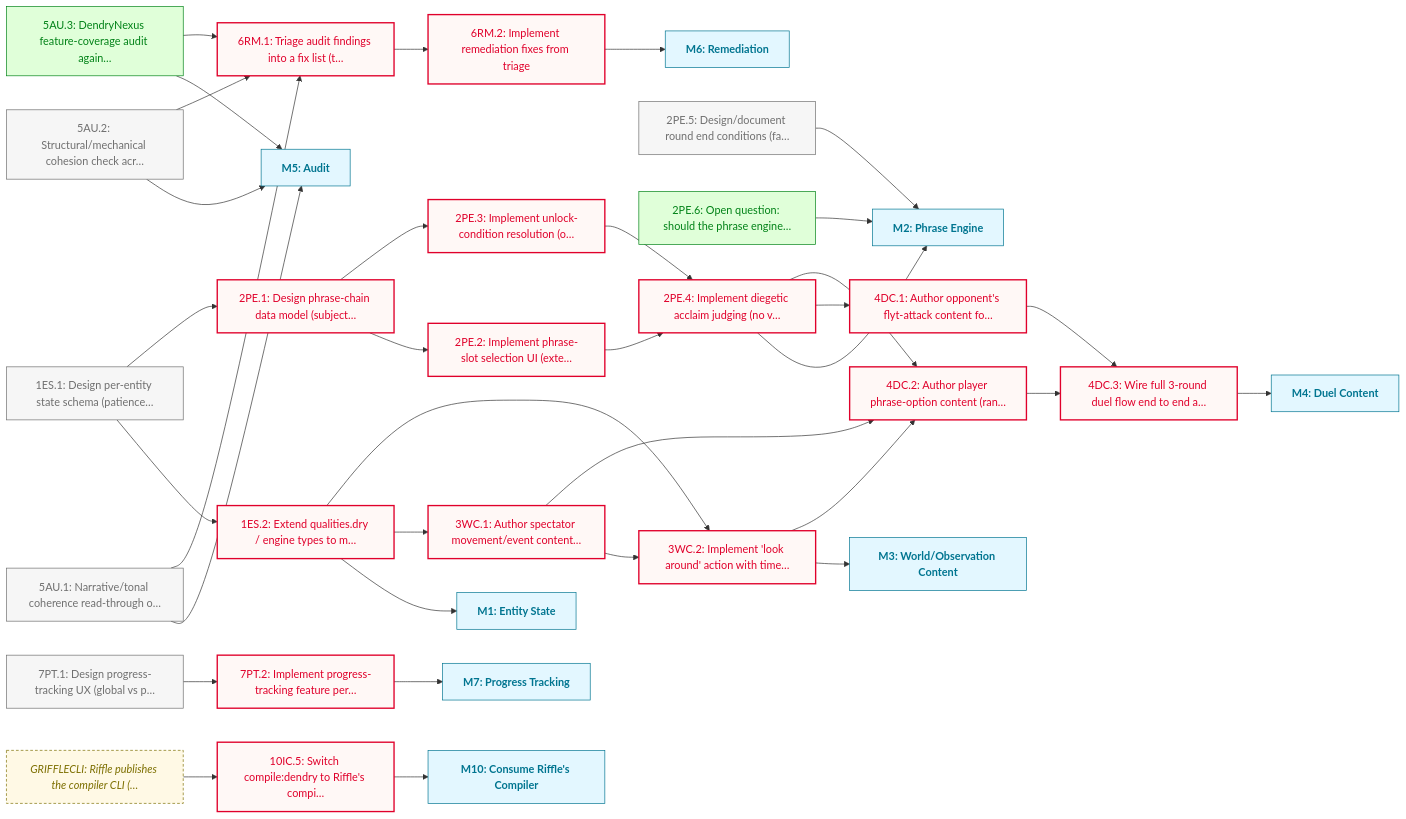
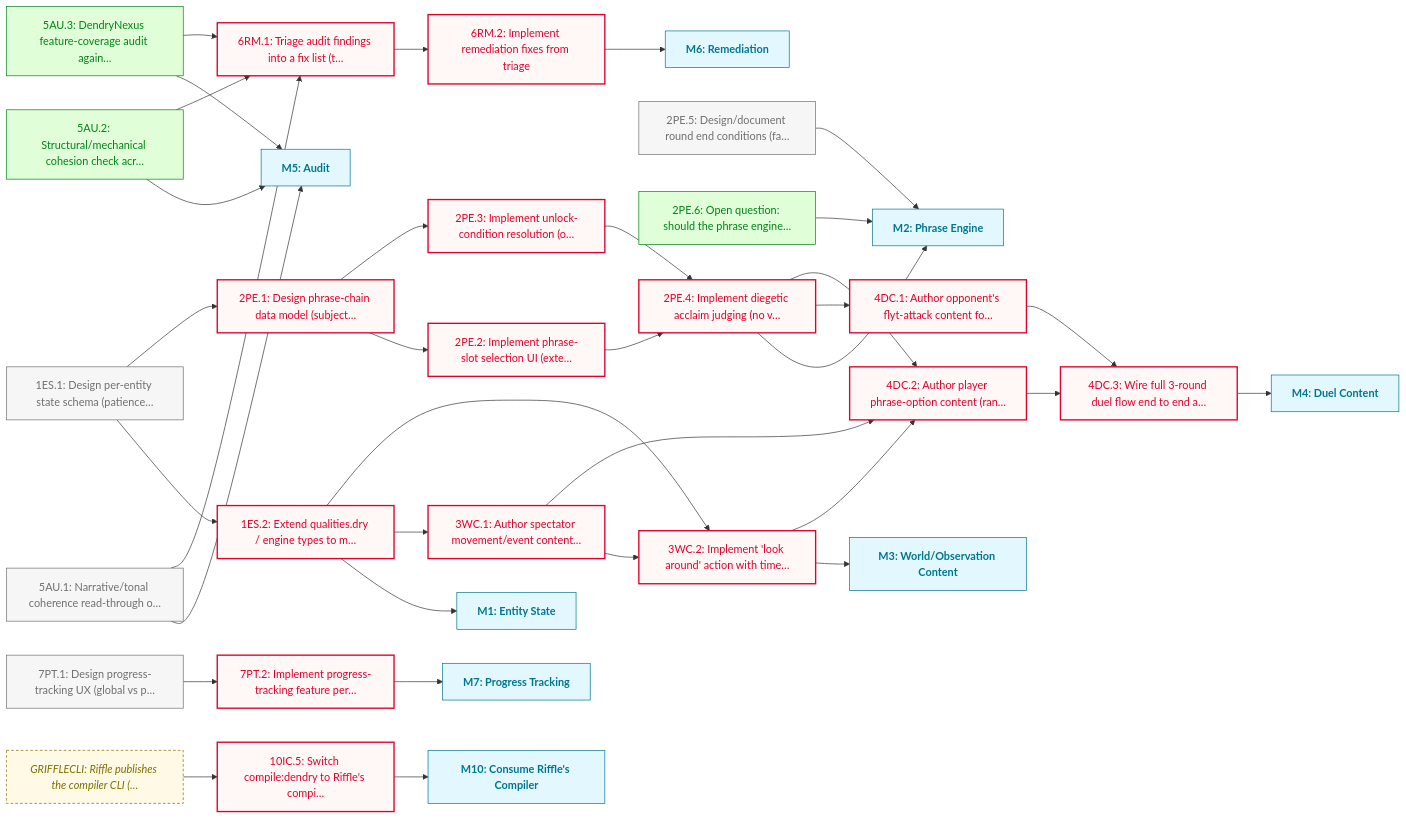
The diagram in docs/roadmaps/FOUNDATIONS.md (JasonWarrenUK/flyt), drawn with Mermaid before and after one commit. The commit also changed other lines of this file and 2 other files, not shown here.

Commit message:
chore(roadmap): mark 5AU.2 done

````diff
--- a/docs/roadmaps/FOUNDATIONS.md
+++ b/docs/roadmaps/FOUNDATIONS.md
@@ -95,78 +95,78 @@
 ```mermaid
 graph LR
 	classDef todo fill:#f6f6f6,stroke:#6f6f6f,color:#6f6f6f
 	classDef inProgress fill:#e8f2ff,stroke:#0071af,color:#0071af
 	classDef blocked fill:#fff8f6,stroke:#e0002b,color:#e0002b,stroke-width:2px
 	classDef paused fill:#fdf4ff,stroke:#b01fe3,color:#b01fe3,stroke-dasharray:4 3
 	classDef deferred fill:#fff8f3,stroke:#ac5c00,color:#ac5c00,stroke-dasharray:2 4,font-style:italic
 	classDef done fill:#e0ffd9,stroke:#008217,color:#008217
 	classDef outOfScope fill:#f6f6f6,stroke:#717171,color:#717171,stroke-dasharray:2 2
 	classDef mile fill:#e3f7ff,stroke:#007590,color:#007590,font-weight:bold
 	classDef external fill:#fff9e5,stroke:#7d6f00,color:#7d6f00,stroke-dasharray:4 3,font-style:italic
 	GRIFFLECLI["GRIFFLECLI: Riffle publishes the compiler CLI (…"]:::external
 	1ES.1["1ES.1: Design per-entity state schema (patience…"]
 	1ES.2["1ES.2: Extend qualities.dry / engine types to m…"]
 	M1["M1: Entity State"]:::mile
 	2PE.1["2PE.1: Design phrase-chain data model (subject…"]
 	2PE.2["2PE.2: Implement phrase-slot selection UI (exte…"]
 	2PE.3["2PE.3: Implement unlock-condition resolution (o…"]
 	2PE.4["2PE.4: Implement diegetic acclaim judging (no v…"]
 	2PE.5["2PE.5: Design/document round end conditions (fa…"]
 	2PE.6["2PE.6: Open question: should the phrase engine…"]
 	M2["M2: Phrase Engine"]:::mile
 	3WC.1["3WC.1: Author spectator movement/event content…"]
 	3WC.2["3WC.2: Implement 'look around' action with time…"]
 	M3["M3: World/Observation Content"]:::mile
 	4DC.1["4DC.1: Author opponent's flyt-attack content fo…"]
 	4DC.2["4DC.2: Author player phrase-option content (ran…"]
 	4DC.3["4DC.3: Wire full 3-round duel flow end to end a…"]
 	M4["M4: Duel Content"]:::mile
 	5AU.1["5AU.1: Narrative/tonal coherence read-through o…"]
 	5AU.2["5AU.2: Structural/mechanical cohesion check acr…"]
 	5AU.3["5AU.3: DendryNexus feature-coverage audit again…"]
 	M5["M5: Audit"]:::mile
 	6RM.1["6RM.1: Triage audit findings into a fix list (t…"]
 	6RM.2["6RM.2: Implement remediation fixes from triage"]
 	M6["M6: Remediation"]:::mile
 	7PT.1["7PT.1: Design progress-tracking UX (global vs p…"]
 	7PT.2["7PT.2: Implement progress-tracking feature per…"]
 	M7["M7: Progress Tracking"]:::mile
 	10IC.5["10IC.5: Switch compile:dendry to Riffle's compi…"]
 	M10["M10: Consume Riffle's Compiler"]:::mile
 	GRIFFLECLI --> 10IC.5
 	1ES.1 --> 1ES.2
 	1ES.1 --> 2PE.1
 	1ES.2 --> M1
 	1ES.2 --> 3WC.1
 	1ES.2 --> 3WC.2
 	2PE.1 --> 2PE.2
 	2PE.1 --> 2PE.3
 	2PE.2 --> 2PE.4
 	2PE.3 --> 2PE.4
 	2PE.4 --> M2
 	2PE.4 --> 4DC.1
 	2PE.4 --> 4DC.2
 	2PE.5 --> M2
 	2PE.6 --> M2
 	3WC.1 --> 3WC.2
 	3WC.1 --> 4DC.2
 	3WC.2 --> M3
 	3WC.2 --> 4DC.2
 	4DC.1 --> 4DC.3
 	4DC.2 --> 4DC.3
 	4DC.3 --> M4
 	5AU.1 --> M5
 	5AU.1 --> 6RM.1
 	5AU.2 --> M5
 	5AU.2 --> 6RM.1
 	5AU.3 --> M5
 	5AU.3 --> 6RM.1
 	6RM.1 --> 6RM.2
 	6RM.2 --> M6
 	7PT.1 --> 7PT.2
 	7PT.2 --> M7
 	10IC.5 --> M10
-	class 1ES.1,2PE.5,5AU.1,5AU.2,7PT.1 todo
+	class 1ES.1,2PE.5,5AU.1,7PT.1 todo
 	class 10IC.5,1ES.2,2PE.1,2PE.2,2PE.3,2PE.4,3WC.1,3WC.2,4DC.1,4DC.2,4DC.3,6RM.1,6RM.2,7PT.2 blocked
-	class 2PE.6,5AU.3 done
+	class 2PE.6,5AU.2,5AU.3 done
 ```
````
